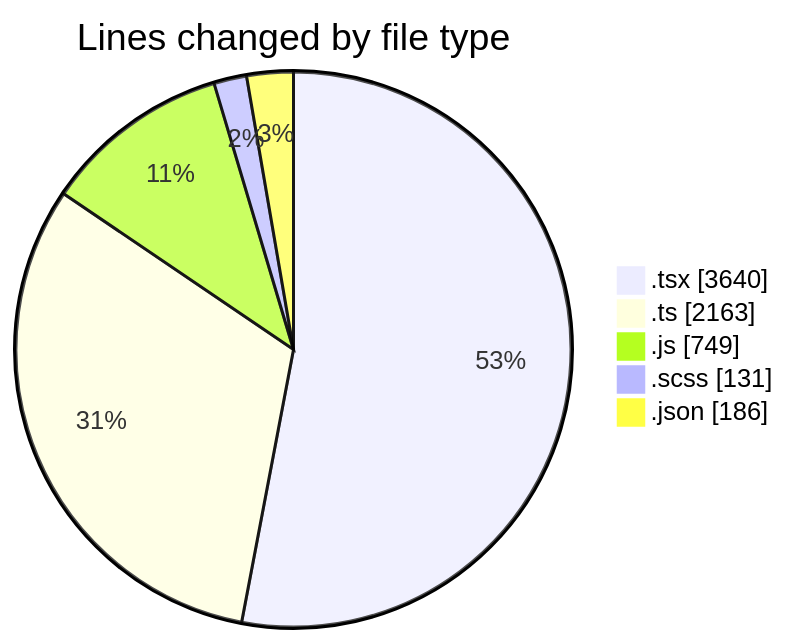
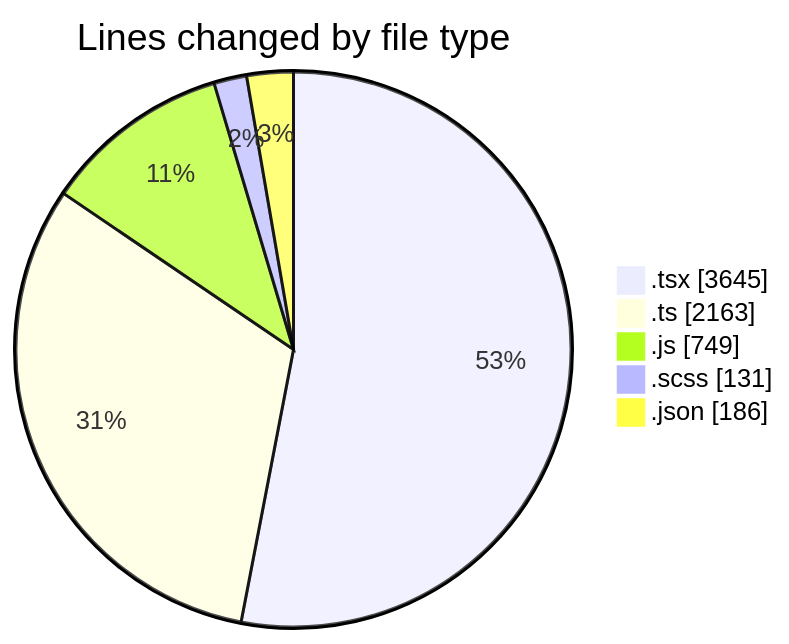
One commit to momahboobian/code-tracking changed the first of 2 diagrams in 2026-06-11/cda/README.md. Above: the diagram before and after it, drawn with Mermaid. The commit also changed other lines of this file and 1 other file, not shown here.

````diff
--- a/2026-06-11/cda/README.md
+++ b/2026-06-11/cda/README.md
@@ -58,9 +58,9 @@
 ```mermaid
 pie showData
 title Lines changed by file type
-".tsx" : 3640
+".tsx" : 3645
 ".ts" : 2163
 ".js" : 749
 ".scss" : 131
 ".json" : 186
 ```
````
